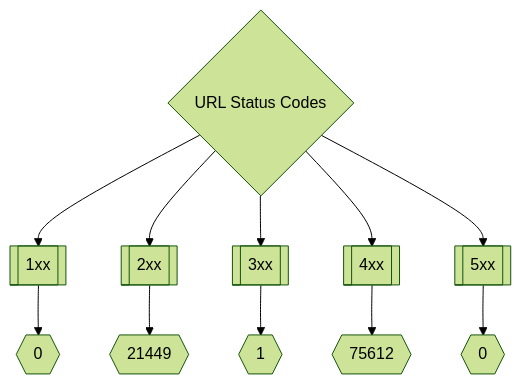
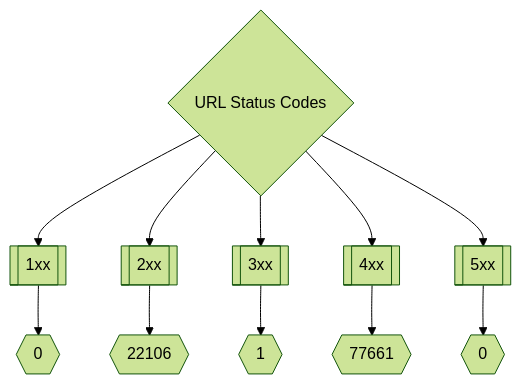
One commit to trickest/inventory changed the second of 3 diagrams in README.md. Above: the diagram before and after it, drawn with Mermaid (forest theme). The commit also changed other lines of this file, not shown here.

Commit message:
Update Thu Mar 10 13:36:02 UTC 2022

````diff
--- a/README.md
+++ b/README.md
@@ -173,8 +173,8 @@
 ```mermaid
 graph TD
 title{URL Status Codes} --> 1xx[[1xx]] --> status1xxNum{{0}}
-title --> 2xx[[2xx]] --> status2xxNum{{21449}}
+title --> 2xx[[2xx]] --> status2xxNum{{22106}}
 title --> 3xx[[3xx]] --> status3xxNum{{1}}
-title --> 4xx[[4xx]] --> status4xxNum{{75612}}
+title --> 4xx[[4xx]] --> status4xxNum{{77661}}
 title --> 5xx[[5xx]] --> status5xxNum{{0}}
 ```
````
